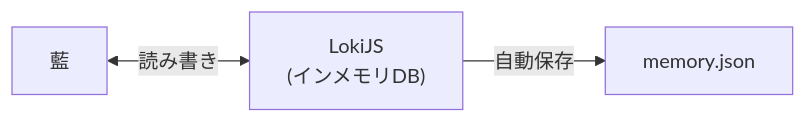
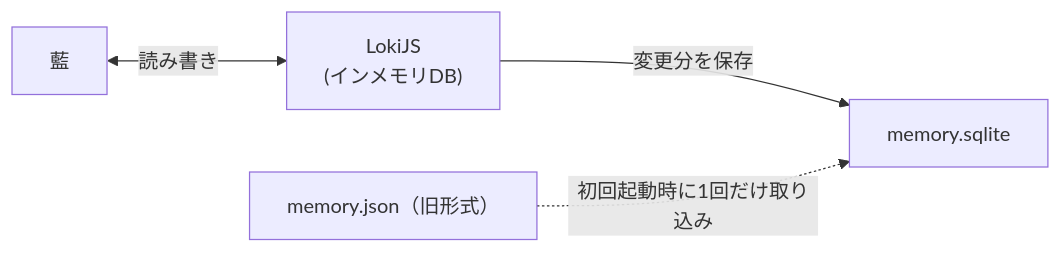
The third of 5 diagrams in README.md (emtkmkk/ai), drawn with Mermaid before and after one commit. The commit also changed other lines of this file and 1 other file, not shown here.

Commit message:
memory.sqlite を memory.json に書き戻すスクリプトを追加し、README を更新

````diff
--- a/README.md
+++ b/README.md
@@ -313,5 +314,6 @@
 ```mermaid
 flowchart LR
     AI["藍"] <-->|読み書き| LokiJS["LokiJS<br/>(インメモリDB)"]
-    LokiJS -->|自動保存| File["memory.json"]
+    LokiJS -->|変更分を保存| File["memory.sqlite"]
+    Json["memory.json（旧形式）"] -.->|初回起動時に1回だけ取り込み| File
 ```
````
